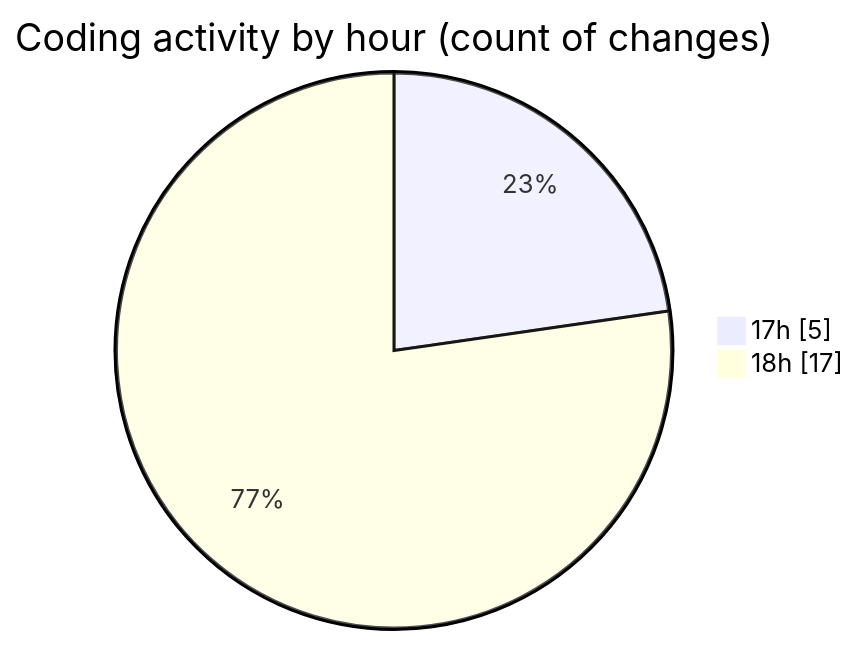
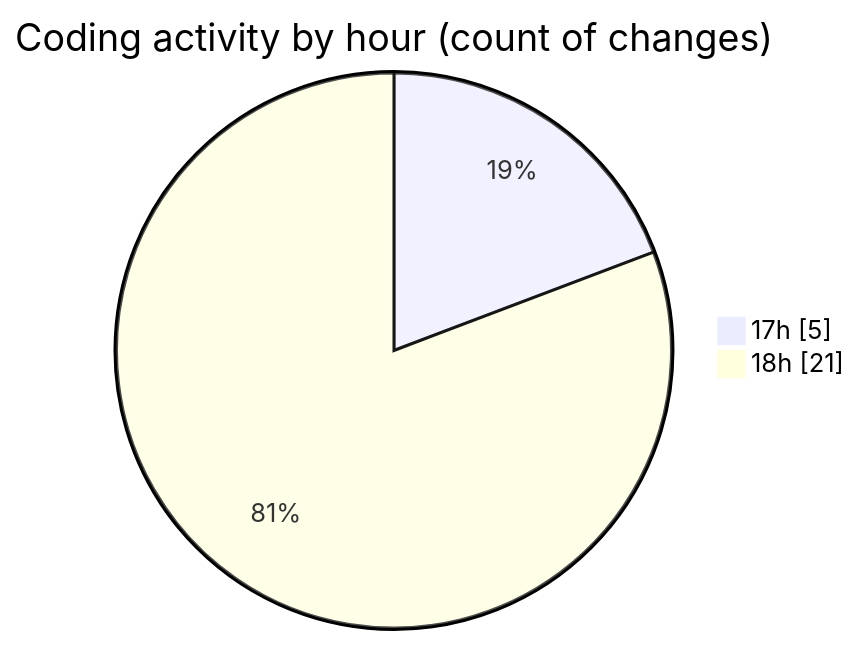
The second of 2 diagrams in 2025-01-01/uber_clone/README.md (donsfak/code-tracking), drawn with Mermaid before and after one commit. The commit also changed other lines of this file and 1 other file, not shown here.

````diff
--- a/2025-01-01/uber_clone/README.md
+++ b/2025-01-01/uber_clone/README.md
@@ -35,6 +36,6 @@
 ```mermaid
 pie showData
 title Coding activity by hour (count of changes)
 "17h" : 5
-"18h" : 17
+"18h" : 21
 ```
````
